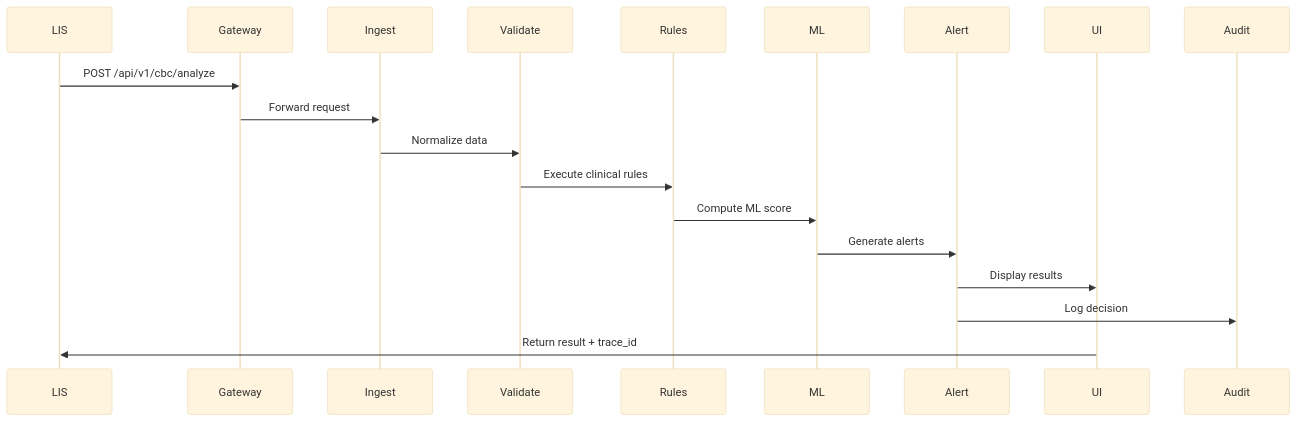
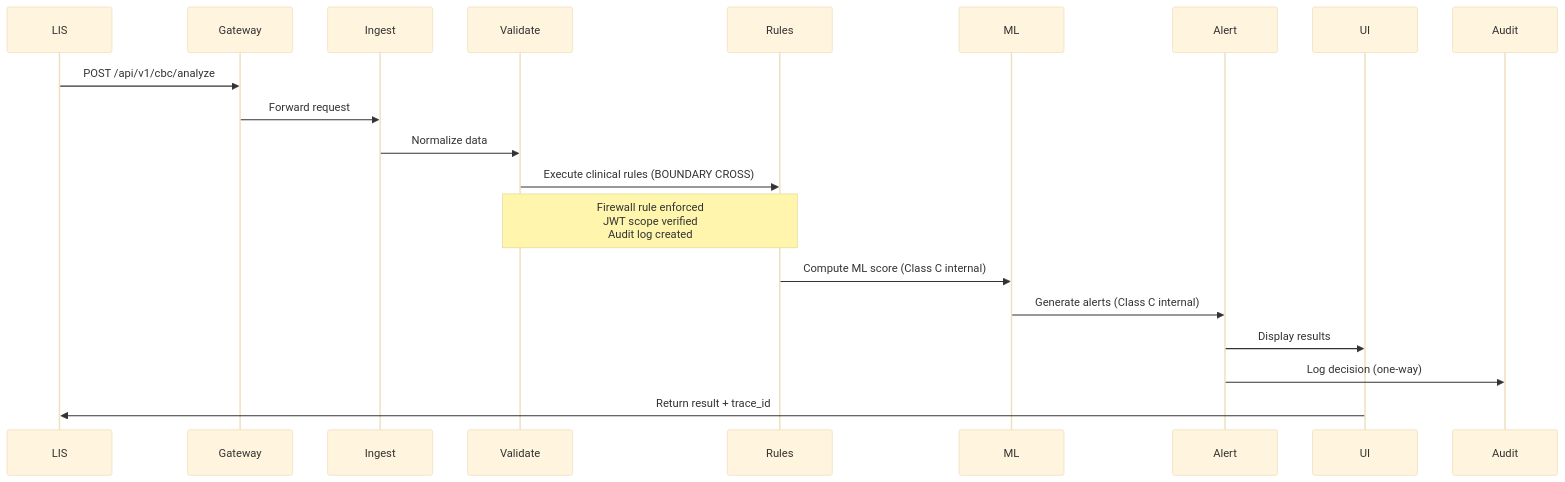
One commit to anetoc/hemodoctor-docs changed the third of 4 diagrams in AUTHORITATIVE_BASELINE/02_CONTROLES_DESIGN/SDD/SDD-001_Software_Design_v1.0_OFICIAL.md. Above: the diagram before and after it, drawn with Mermaid (base theme). The commit also changed other lines of this file and 16 other files, not shown here.

````diff
--- a/AUTHORITATIVE_BASELINE/02_CONTROLES_DESIGN/SDD/SDD-001_Software_Design_v1.0_OFICIAL.md
+++ b/AUTHORITATIVE_BASELINE/02_CONTROLES_DESIGN/SDD/SDD-001_Software_Design_v1.0_OFICIAL.md
@@ -337,22 +1028,23 @@
 ```mermaid
 sequenceDiagram
     participant LIS
     participant Gateway
     participant Ingest
     participant Validate
     participant Rules
     participant ML
     participant Alert
     participant UI
     participant Audit
 
     LIS->>Gateway: POST /api/v1/cbc/analyze
     Gateway->>Ingest: Forward request
     Ingest->>Validate: Normalize data
-    Validate->>Rules: Execute clinical rules
-    Rules->>ML: Compute ML score
-    ML->>Alert: Generate alerts
+    Validate->>Rules: Execute clinical rules (BOUNDARY CROSS)
+    Note over Validate,Rules: Firewall rule enforced<br/>JWT scope verified<br/>Audit log created
+    Rules->>ML: Compute ML score (Class C internal)
+    ML->>Alert: Generate alerts (Class C internal)
     Alert->>UI: Display results
-    Alert->>Audit: Log decision
+    Alert->>Audit: Log decision (one-way)
     UI->>LIS: Return result + trace_id
 ```
````
